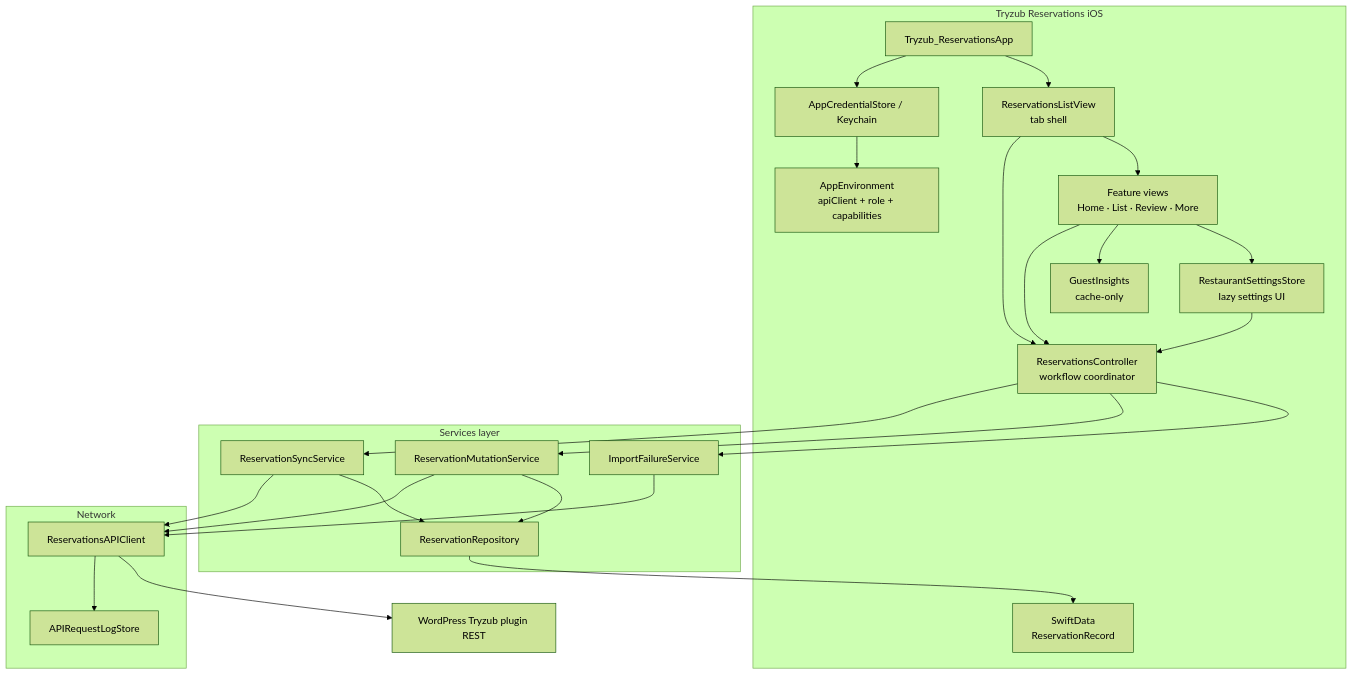
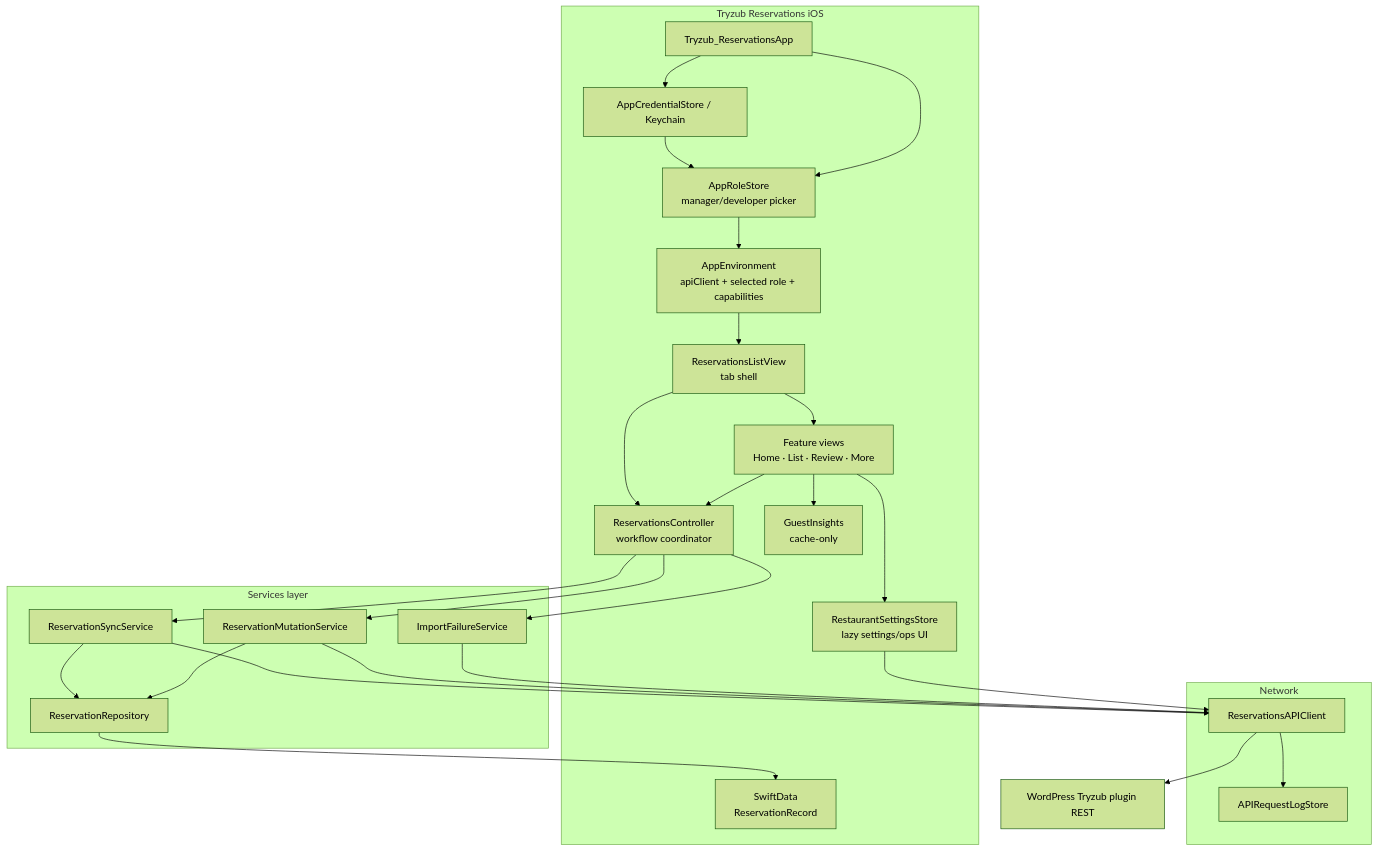
Before and after one commit to bohdan462/Reservation-iOS-App: the first of 11 diagrams in ARCHITECTURE_DIAGRAMS.md, drawn with Mermaid (forest theme). The commit also changed other lines of this file and 3 other files, not shown here.

````diff
--- a/ARCHITECTURE_DIAGRAMS.md
+++ b/ARCHITECTURE_DIAGRAMS.md
@@ -13,49 +13,52 @@
 ```mermaid
 flowchart TB
     subgraph iOS["Tryzub Reservations iOS"]
         App["Tryzub_ReservationsApp"]
         Creds["AppCredentialStore / Keychain"]
-        Env["AppEnvironment<br/>apiClient + role + capabilities"]
+        Role["AppRoleStore<br/>manager/developer picker"]
+        Env["AppEnvironment<br/>apiClient + selected role + capabilities"]
         Shell["ReservationsListView<br/>tab shell"]
         Ctrl["ReservationsController<br/>workflow coordinator"]
         Views["Feature views<br/>Home · List · Review · More"]
         Guest["GuestInsights<br/>cache-only"]
-        Settings["RestaurantSettingsStore<br/>lazy settings UI"]
+        Settings["RestaurantSettingsStore<br/>lazy settings/ops UI"]
         SD["SwiftData<br/>ReservationRecord"]
     end
 
     subgraph Services["Services layer"]
         Sync["ReservationSyncService"]
         Mut["ReservationMutationService"]
         Repo["ReservationRepository"]
         IFail["ImportFailureService"]
     end
 
     subgraph Network["Network"]
         API["ReservationsAPIClient"]
         Log["APIRequestLogStore"]
     end
 
     WP["WordPress Tryzub plugin REST"]
 
     App --> Creds
-    Creds --> Env
-    App --> Shell
+    Creds --> Role
+    Role --> Env
+    App --> Role
+    Env --> Shell
     Shell --> Ctrl
     Shell --> Views
     Views --> Ctrl
     Views --> Guest
     Views --> Settings
-    Settings --> Ctrl
+    Settings --> API
     Ctrl --> Sync
     Ctrl --> Mut
     Ctrl --> IFail
     Sync --> API
     Mut --> API
     IFail --> API
     Sync --> Repo
     Mut --> Repo
     Repo --> SD
     API --> Log
     API --> WP
 ```
````
